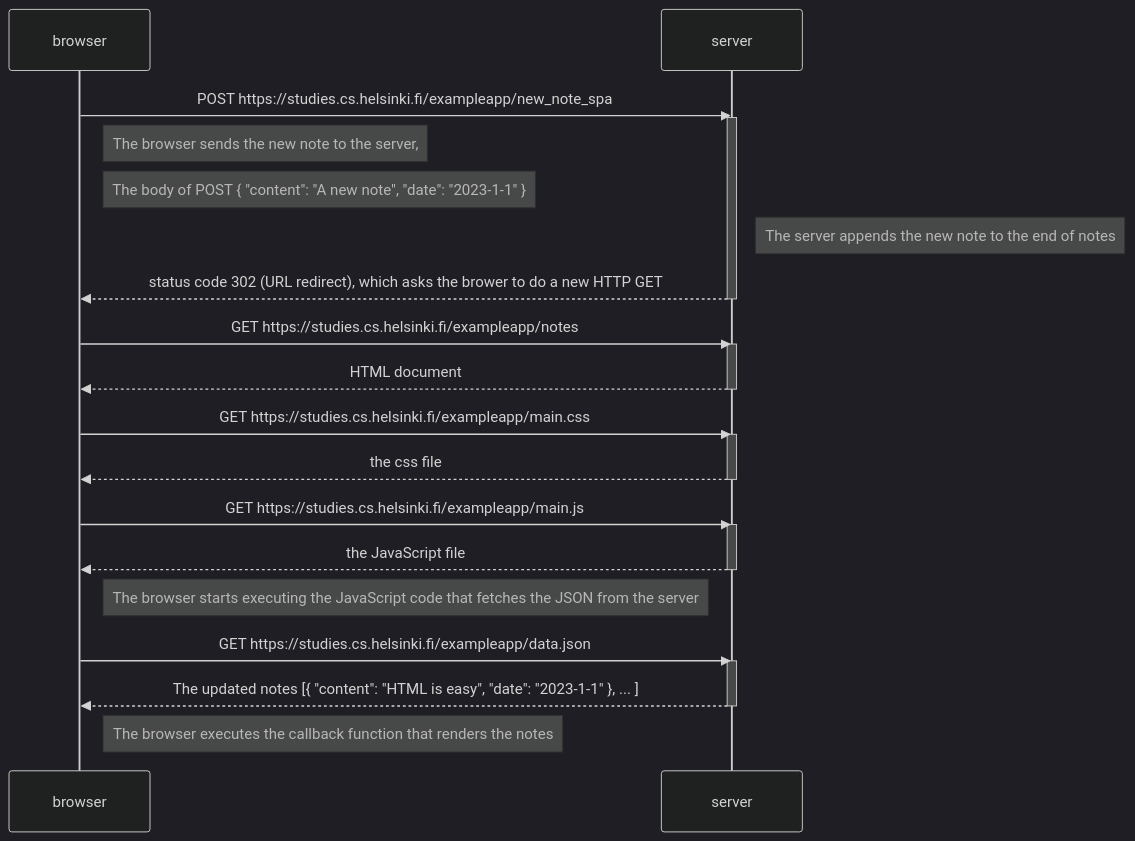
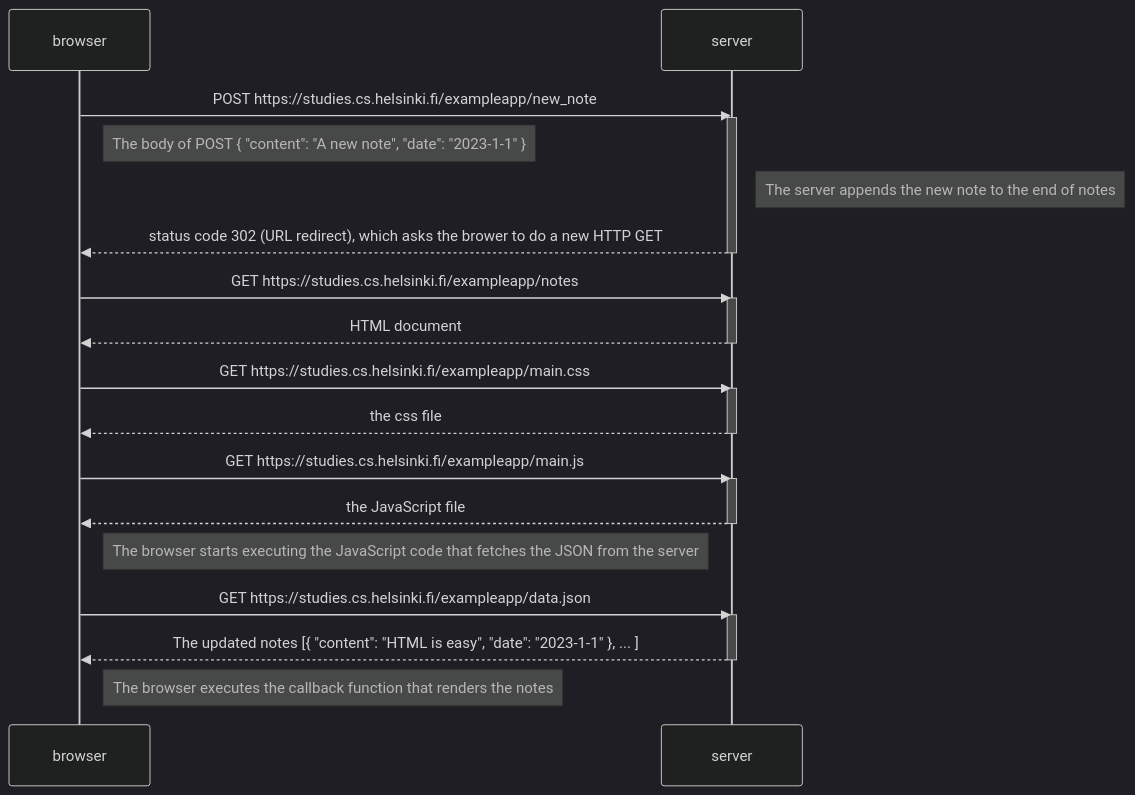
The first of 3 diagrams in part0/NewNoteDiagram.md (chenxu565/fs), drawn with Mermaid (dark theme) before and after one commit. The commit also changed other lines of this file, not shown here.

````diff
--- a/part0/NewNoteDiagram.md
+++ b/part0/NewNoteDiagram.md
@@ -3,39 +3,38 @@
 ```mermaid
 sequenceDiagram
     participant browser
     participant server
 
-    browser->>server: POST https://studies.cs.helsinki.fi/exampleapp/new_note_spa
+    browser->>server: POST https://studies.cs.helsinki.fi/exampleapp/new_note
     activate server
     
-    Note right of browser: The browser sends the new note to the server, 
     Note right of browser: The body of POST { "content": "A new note", "date": "2023-1-1" }
     Note right of server: The server appends the new note to the end of notes
     
     server-->>browser: status code 302 (URL redirect), which asks the brower to do a new HTTP GET
     deactivate server
 
     browser->>server: GET https://studies.cs.helsinki.fi/exampleapp/notes
     activate server
     server-->>browser: HTML document
     deactivate server
 
     browser->>server: GET https://studies.cs.helsinki.fi/exampleapp/main.css
     activate server
     server-->>browser: the css file
     deactivate server
 
     browser->>server: GET https://studies.cs.helsinki.fi/exampleapp/main.js
     activate server
     server-->>browser: the JavaScript file
     deactivate server
 
     Note right of browser: The browser starts executing the JavaScript code that fetches the JSON from the server
 
     browser->>server: GET https://studies.cs.helsinki.fi/exampleapp/data.json
     activate server
     server-->>browser: The updated notes [{ "content": "HTML is easy", "date": "2023-1-1" }, ... ]
     deactivate server
 
     Note right of browser: The browser executes the callback function that renders the notes
 ```
````
